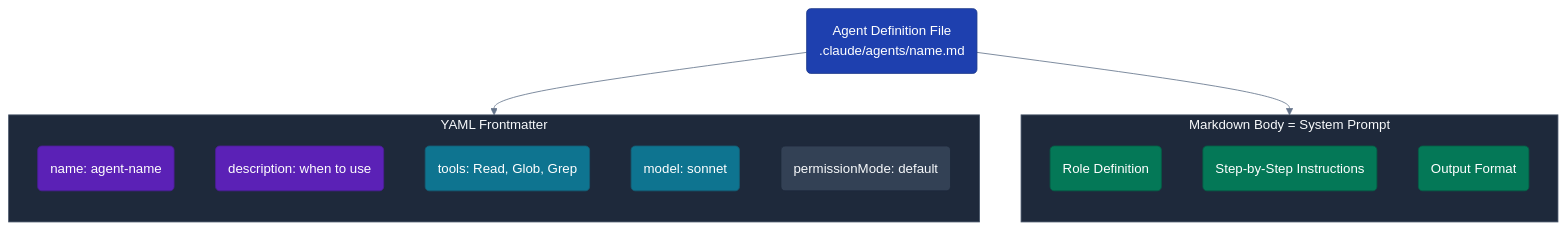
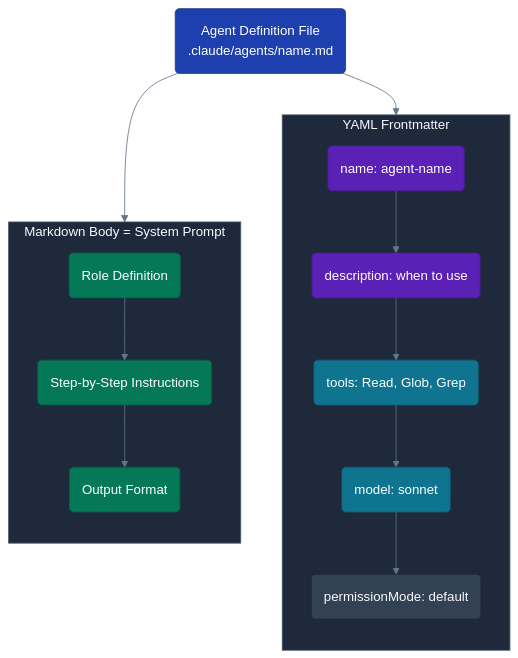
The second of 14 diagrams in README.md (mxcoppell/cc-agent-team), drawn with Mermaid before and after one commit.

Commit message:
Fix Diagram 2 subgraph layout to stack nodes vertically
Add explicit vertical connections between nodes inside the
Frontmatter and Body subgraphs so mermaid renders them
top-to-bottom instead of side-by-side.

````diff
--- a/README.md
+++ b/README.md
@@ -331,42 +331,42 @@
 ```mermaid
 %%{init: {
   'theme': 'base',
   'themeVariables': {
     'primaryColor': '#1e40af',
     'primaryTextColor': '#ffffff',
     'primaryBorderColor': '#1e3a8a',
     'lineColor': '#64748b',
     'clusterBkg': '#1e293b',
     'clusterBorder': '#475569',
     'tertiaryColor': '#334155',
     'tertiaryTextColor': '#f8fafc'
   }
 }}%%
 flowchart TD
     classDef primary fill:#1e40af,stroke:#1e3a8a,stroke-width:1px,color:#ffffff,rx:5,ry:5
     classDef secondary fill:#5b21b6,stroke:#4c1d95,stroke-width:1px,color:#ffffff,rx:5,ry:5
     classDef success fill:#047857,stroke:#065f46,stroke-width:1px,color:#ffffff,rx:5,ry:5
     classDef accent fill:#0e7490,stroke:#155e75,stroke-width:1px,color:#ffffff,rx:5,ry:5
     classDef neutral fill:#334155,stroke:#1e293b,stroke-width:1px,color:#f8fafc,rx:5,ry:5
 
     FILE(Agent Definition File<br/>.claude/agents/name.md):::primary
 
     subgraph Frontmatter["YAML Frontmatter"]
         direction TB
         NAME(name: agent-name):::secondary
-        DESC(description: when to use):::secondary
-        TOOLS(tools: Read, Glob, Grep):::accent
-        MODEL(model: sonnet):::accent
-        PERMS(permissionMode: default):::neutral
+        NAME --> DESC(description: when to use):::secondary
+        DESC --> TOOLS(tools: Read, Glob, Grep):::accent
+        TOOLS --> MODEL(model: sonnet):::accent
+        MODEL --> PERMS(permissionMode: default):::neutral
     end
 
     subgraph Body["Markdown Body = System Prompt"]
         direction TB
         ROLE(Role Definition):::success
-        STEPS(Step-by-Step Instructions):::success
-        FORMAT(Output Format):::success
+        ROLE --> STEPS(Step-by-Step Instructions):::success
+        STEPS --> FORMAT(Output Format):::success
     end
 
-    FILE --> Frontmatter
-    FILE --> Body
+    FILE --> NAME
+    FILE --> ROLE
 ```
````
